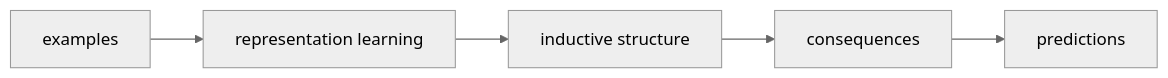
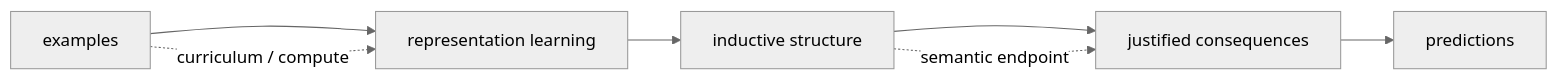
One commit to cristianoc/arc-challenge changed the first of 14 diagrams in miniARC/generalization_as_inductive_structure.md. Above: the diagram before and after it, drawn with Mermaid (neutral theme). The commit also changed other lines of this file, not shown here.

Commit message:
docs: revise inductive-structure note and fix visuals

````diff
--- a/miniARC/generalization_as_inductive_structure.md
+++ b/miniARC/generalization_as_inductive_structure.md
@@ -9,4 +16,6 @@
 ```mermaid
 flowchart LR
-    E["examples"] --> L["representation learning"] --> I["inductive structure"] --> C["consequences"] --> P["predictions"]
+    E["examples"] --> L["representation learning"] --> I["inductive structure"] --> C["justified consequences"] --> P["predictions"]
+    I -. "semantic endpoint" .-> C
+    E -. "curriculum / compute" .-> L
 ```
````
